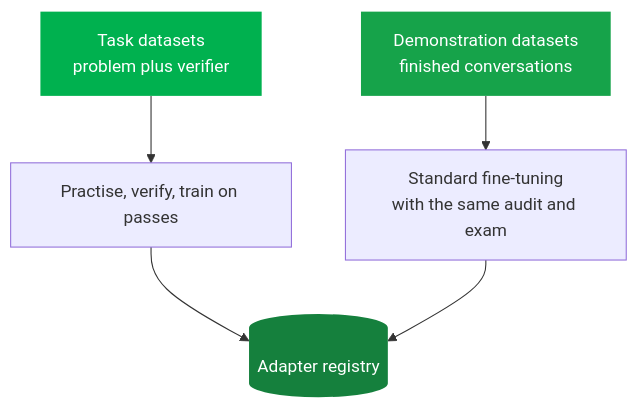
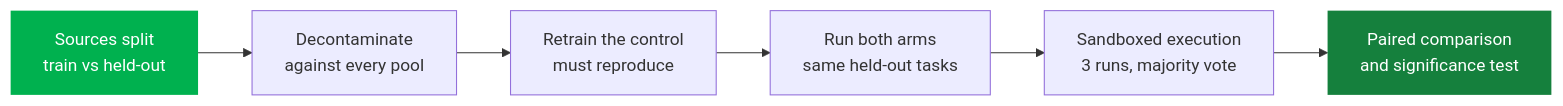
The second of 5 diagrams in README.md (Zenix-Developers/VeriTrainer-Showcase), drawn with Mermaid before and after one commit. The commit also changed other lines of this file, not shown here.

Commit message:
Refresh the VeriTrainer showcase: exam controls, tamper-resistant grading, weight-space editing, new results

````diff
--- a/README.md
+++ b/README.md
@@ -68,10 +69,10 @@
 ```mermaid
-flowchart TB
-    T[Task datasets<br>problem plus verifier] --> P[Practise, verify, train on passes]
-    D[Demonstration datasets<br>finished conversations] --> S[Standard fine-tuning<br>with the same audit and exam]
-    P --> R[(Adapter registry)]
-    S --> R
-    style T fill:#00b14f,color:#fff,stroke:none
-    style D fill:#16a34a,color:#fff,stroke:none
-    style R fill:#15803d,color:#fff,stroke:none
+flowchart LR
+    S[Sources split<br>train vs held-out] --> D[Decontaminate<br>against every pool]
+    D --> R[Retrain the control<br>must reproduce]
+    R --> X[Run both arms<br>same held-out tasks]
+    X --> V[Sandboxed execution<br>3 runs, majority vote]
+    V --> P[Paired comparison<br>and significance test]
+    style S fill:#00b14f,color:#fff,stroke:none
+    style P fill:#15803d,color:#fff,stroke:none
 ```
````
